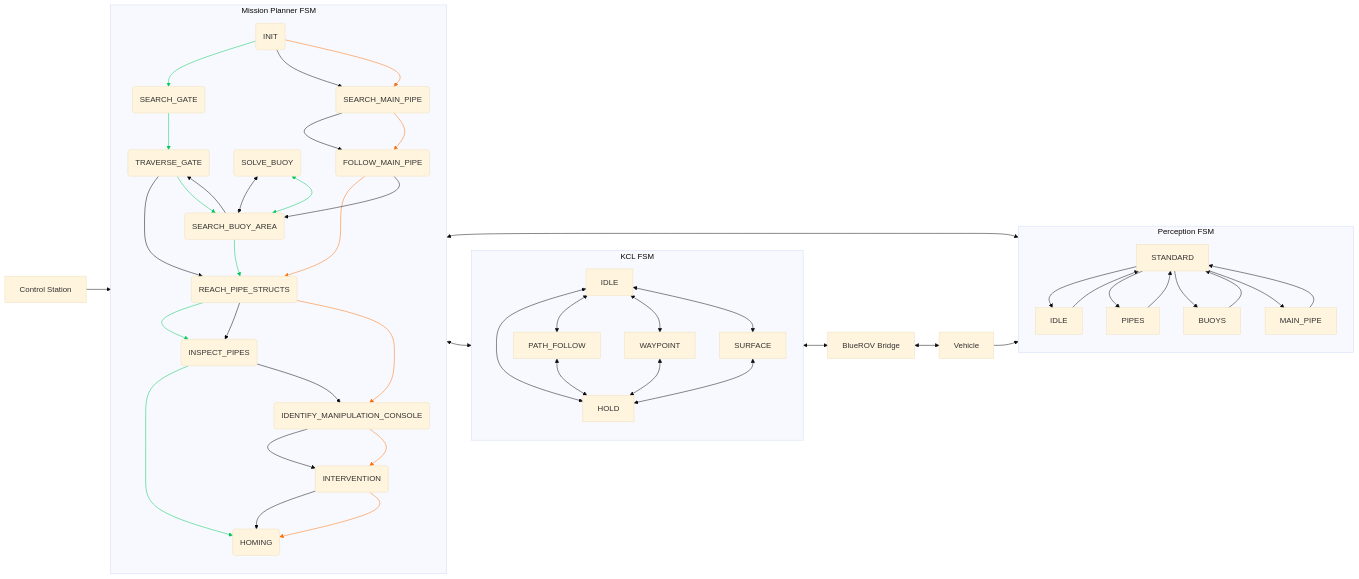
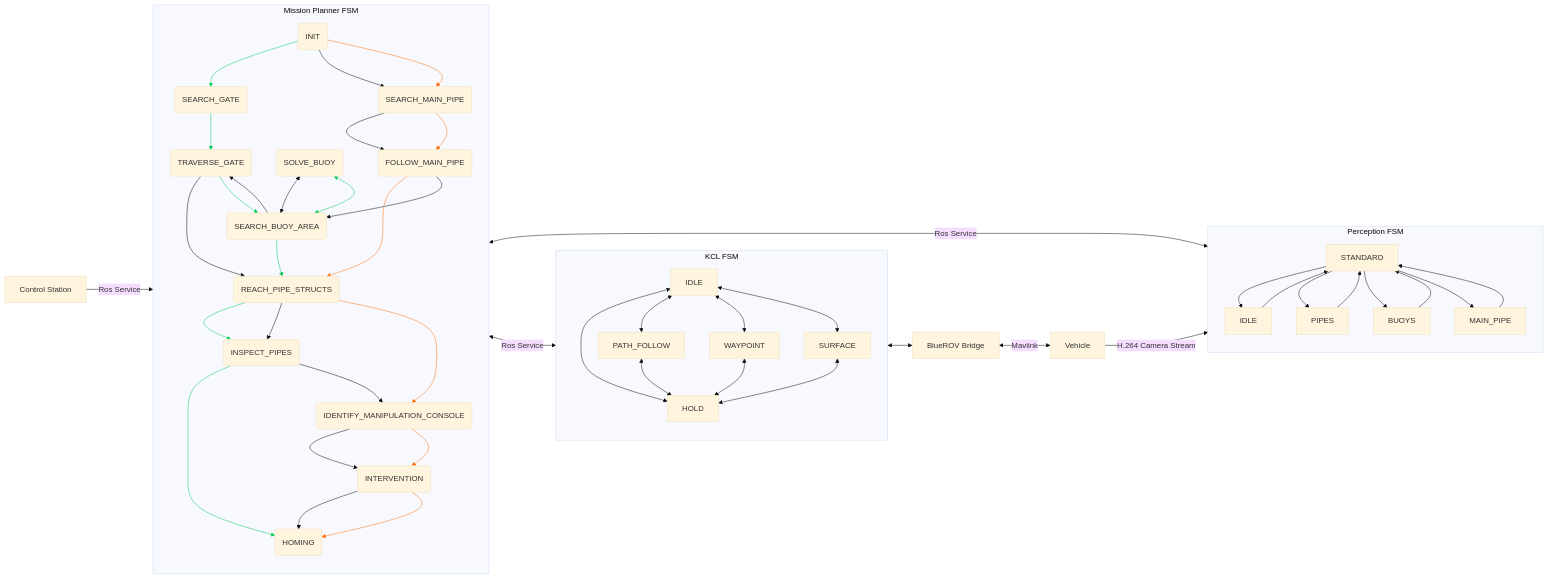
The diagram in SW_architecture.md (GRAAL-Lab/bluerov_core), drawn with Mermaid (base theme) before and after one commit. The commit also changed other lines of this file, not shown here.

Commit message:
sw_architecture notes

````diff
--- a/SW_architecture.md
+++ b/SW_architecture.md
@@ -6,74 +6,74 @@
 ```mermaid
 flowchart LR
  subgraph MISSION_PLANNER["Mission Planner FSM"]
         SEARCH_GATE("SEARCH_GATE")
         INIT("INIT")
         TRAVERSE_GATE("TRAVERSE_GATE")
         SEARCH_BUOY_AREA("SEARCH_BUOY_AREA")
         SOLVE_BUOY("SOLVE_BUOY")
         REACH_PIPE_STRUCTS("REACH_PIPE_STRUCTS")
         INSPECT_PIPES("INSPECT_PIPES")
         HOMING("HOMING")
         SEARCH_MAIN_PIPE("SEARCH_MAIN_PIPE")
         FOLLOW_MAIN_PIPE("FOLLOW_MAIN_PIPE")
         IDENTIFY_MANIPULATION_CONSOLE("IDENTIFY_MANIPULATION_CONSOLE")
         INTERVENTION("INTERVENTION")
   end
  subgraph PERCEPTION_SYSTEM["Perception FSM"]
         P_STANDARD["STANDARD"]
         P_IDLE["IDLE"]
         P_PIPES["PIPES"]
         P_BUOYS["BUOYS"]
         P_MAIN_PIPE["MAIN_PIPE"]
   end
  subgraph KCL_MODULE["KCL FSM"]
         K_IDLE["IDLE"]
         K_PATH_FOLLOW["PATH_FOLLOW"]
         K_HOLD["HOLD"]
         K_SURFACE["SURFACE"]
         K_WAYPOINT["WAYPOINT"]
   end
     INIT --> SEARCH_GATE & SEARCH_MAIN_PIPE & SEARCH_MAIN_PIPE
     SEARCH_GATE --> TRAVERSE_GATE
     TRAVERSE_GATE --> REACH_PIPE_STRUCTS & SEARCH_BUOY_AREA
     SEARCH_BUOY_AREA --> REACH_PIPE_STRUCTS & TRAVERSE_GATE
     SOLVE_BUOY <--> SEARCH_BUOY_AREA & SEARCH_BUOY_AREA
     REACH_PIPE_STRUCTS --> INSPECT_PIPES & INSPECT_PIPES & IDENTIFY_MANIPULATION_CONSOLE
     INSPECT_PIPES --> HOMING & IDENTIFY_MANIPULATION_CONSOLE
     SEARCH_MAIN_PIPE --> FOLLOW_MAIN_PIPE & FOLLOW_MAIN_PIPE
     FOLLOW_MAIN_PIPE --> REACH_PIPE_STRUCTS & SEARCH_BUOY_AREA
     IDENTIFY_MANIPULATION_CONSOLE --> INTERVENTION & INTERVENTION
     INTERVENTION --> HOMING & HOMING
     P_IDLE --> P_STANDARD
     P_STANDARD --> P_IDLE & P_PIPES & P_BUOYS & P_MAIN_PIPE
     P_PIPES --> P_STANDARD
     P_BUOYS --> P_STANDARD
     P_MAIN_PIPE --> P_STANDARD
     K_IDLE <--> K_PATH_FOLLOW & K_WAYPOINT & K_SURFACE & K_HOLD
     K_PATH_FOLLOW <--> K_HOLD
     K_WAYPOINT <--> K_HOLD
     K_SURFACE <--> K_HOLD
-    CONTROL_STATION["Control Station"] --> MISSION_PLANNER
-    MISSION_PLANNER <--> KCL_MODULE & PERCEPTION_SYSTEM
+    CONTROL_STATION["Control Station"] --Ros Service--> MISSION_PLANNER
+    MISSION_PLANNER <--Ros Service--> KCL_MODULE & PERCEPTION_SYSTEM
     KCL_MODULE <--> BRIDGE["BlueROV Bridge"]
-    BRIDGE <--> VEHICLE["Vehicle"]
-    VEHICLE --> PERCEPTION_SYSTEM
+    BRIDGE <--Mavlink--> VEHICLE["Vehicle"]
+    VEHICLE --H.264 Camera Stream--> PERCEPTION_SYSTEM
     linkStyle 0 stroke:#00C853,fill:none
     linkStyle 2 stroke:#FF6D00,fill:none
     linkStyle 3 stroke:#00C853,fill:none
     linkStyle 4 stroke:#000000,fill:none
     linkStyle 5 stroke:#00C853,fill:none
     linkStyle 6 stroke:#00C853,fill:none
     linkStyle 7 stroke:#000000,fill:none
     linkStyle 9 stroke:#00C853,fill:none
     linkStyle 10 stroke:#00C853,fill:none
     linkStyle 11 stroke:#000000,fill:none
     linkStyle 12 stroke:#FF6D00,fill:none
     linkStyle 13 stroke:#00C853,fill:none
     linkStyle 14 stroke:#000000,fill:none
     linkStyle 15 stroke:#000000,fill:none
     linkStyle 16 stroke:#FF6D00,fill:none
     linkStyle 17 stroke:#FF6D00,fill:none
     linkStyle 20 stroke:#FF6D00,fill:none
     linkStyle 22 stroke:#FF6D00,fill:none
 ```
````
